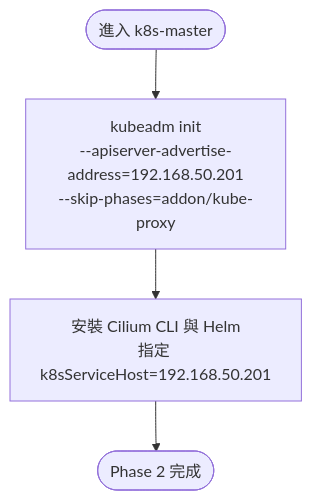
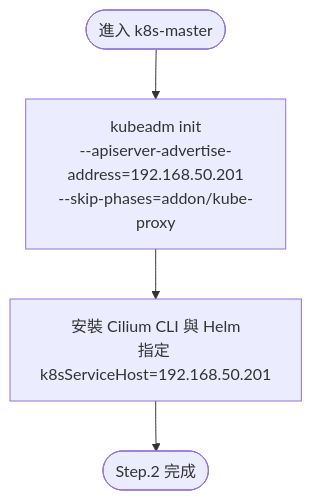
The fourth of 7 diagrams in kubernetes/3node-multipass/setup-flowchart.md (MansionLai/notebook), drawn with Mermaid before and after one commit. The commit also changed other lines of this file and 2 other files, not shown here.

Commit message:
docs: complete buildup.md steps and align all files to Step.0-6 sequence

````diff
--- a/kubernetes/3node-multipass/setup-flowchart.md
+++ b/kubernetes/3node-multipass/setup-flowchart.md
@@ -61,6 +62,6 @@
 ```mermaid
 flowchart TD
     S([進入 k8s-master]) --> INIT["kubeadm init\n--apiserver-advertise-address=192.168.50.201\n--skip-phases=addon/kube-proxy"]
     INIT --> CILIUM["安裝 Cilium CLI 與 Helm\n指定 k8sServiceHost=192.168.50.201"]
-    CILIUM --> DONE([Phase 2 完成])
+    CILIUM --> DONE([Step.2 完成])
 ```
````
